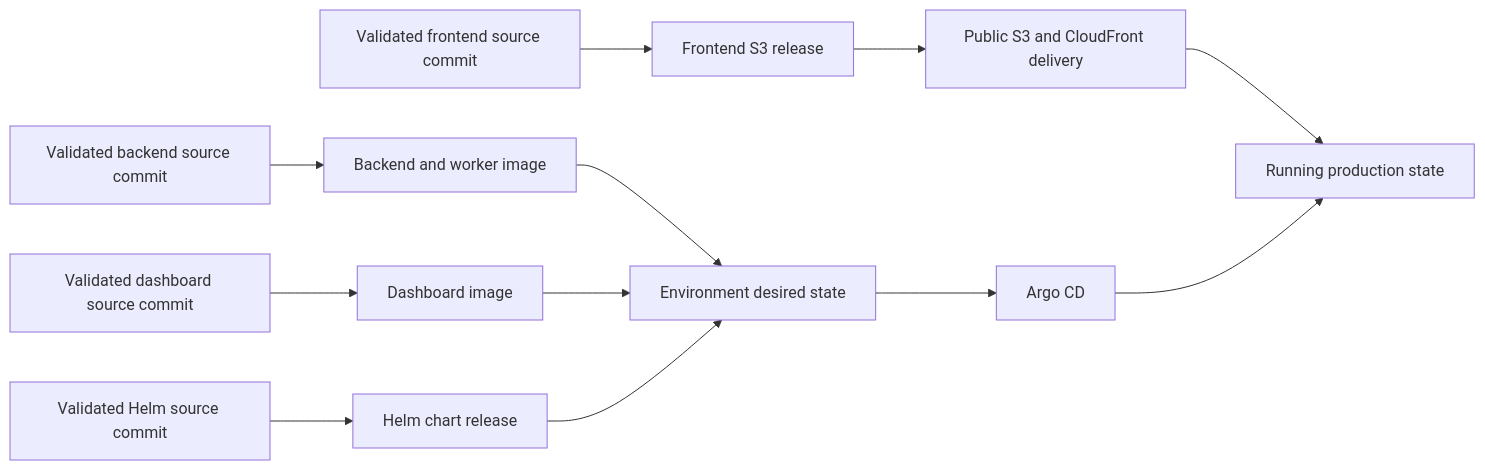
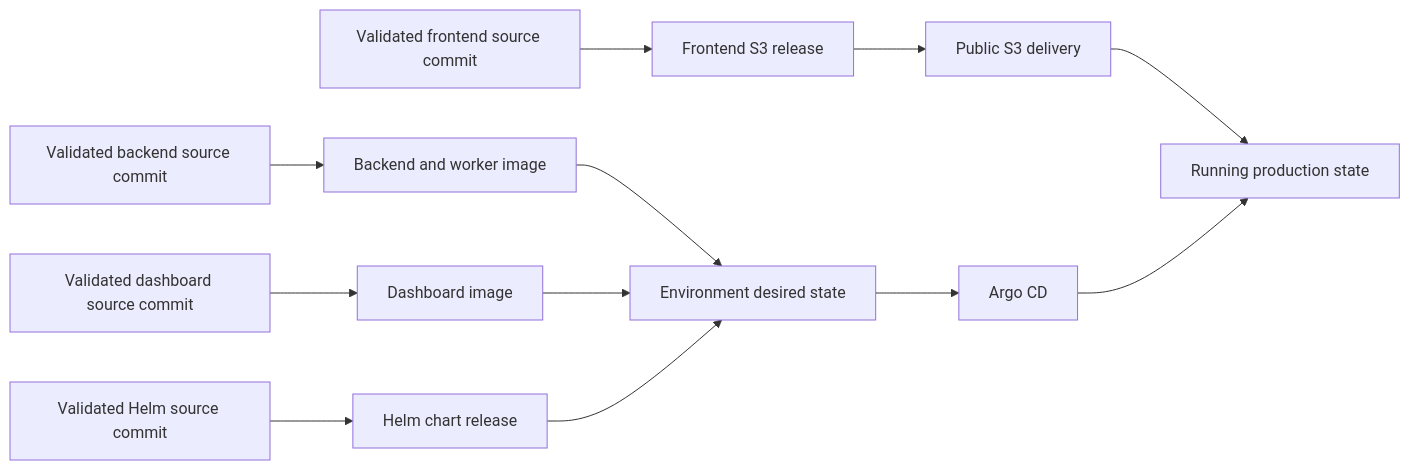
Before and after one commit to winrates-gg/wrgg-public-documentation: the first of 3 diagrams in docs/ci-cd.md, drawn with Mermaid. The commit also changed other lines of this file, not shown here.

Commit message:
Testing CD diagram rendering

````diff
--- a/docs/ci-cd.md
+++ b/docs/ci-cd.md
@@ -12,27 +12,27 @@
 ```mermaid
 flowchart LR
     BackendSource[Validated backend source commit]
     FrontendSource[Validated frontend source commit]
     DashboardSource[Validated dashboard source commit]
     ChartSource[Validated Helm source commit]
     Backend[Backend and worker image]
     Frontend[Frontend S3 release]
     Dashboard[Dashboard image]
     Chart[Helm chart release]
     Desired[Environment desired state]
-    Web[Public S3 and CloudFront delivery]
+    Web[Public S3 delivery]
     Argo[Argo CD]
     Runtime[Running production state]
 
     BackendSource --> Backend
     FrontendSource --> Frontend
     DashboardSource --> Dashboard
     ChartSource --> Chart
     Backend --> Desired
     Frontend --> Web
     Dashboard --> Desired
     Chart --> Desired
     Desired --> Argo
     Web --> Runtime
     Argo --> Runtime
 ```
````
